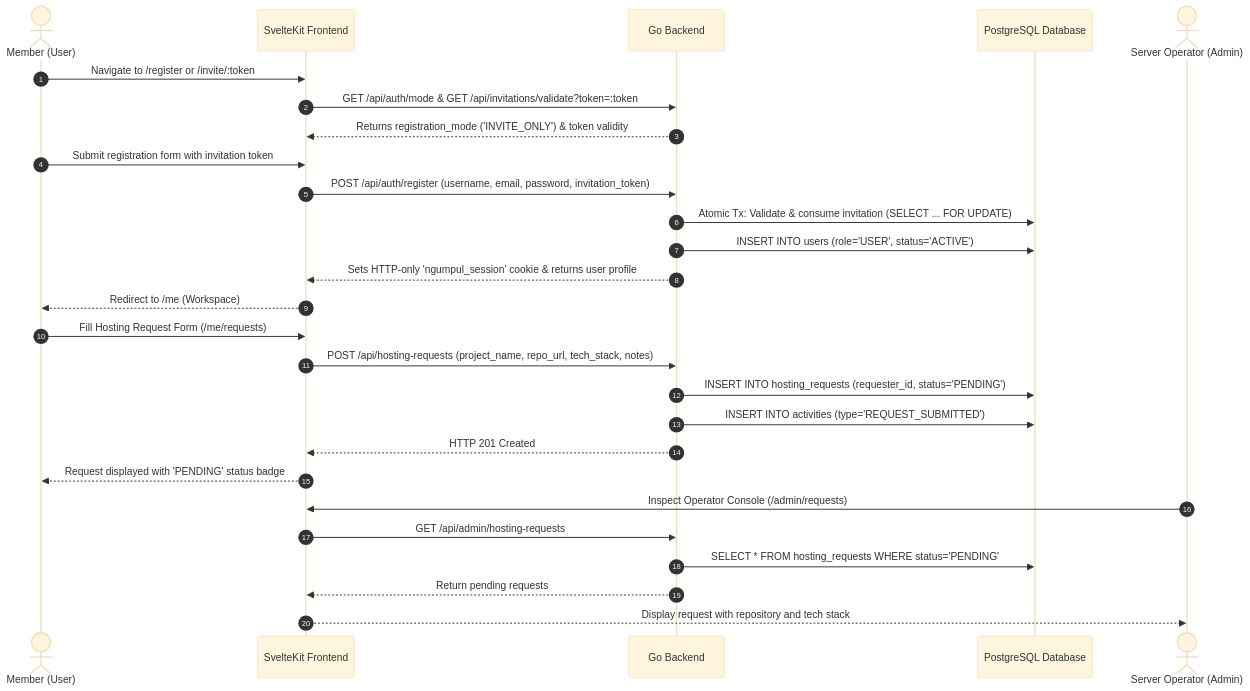
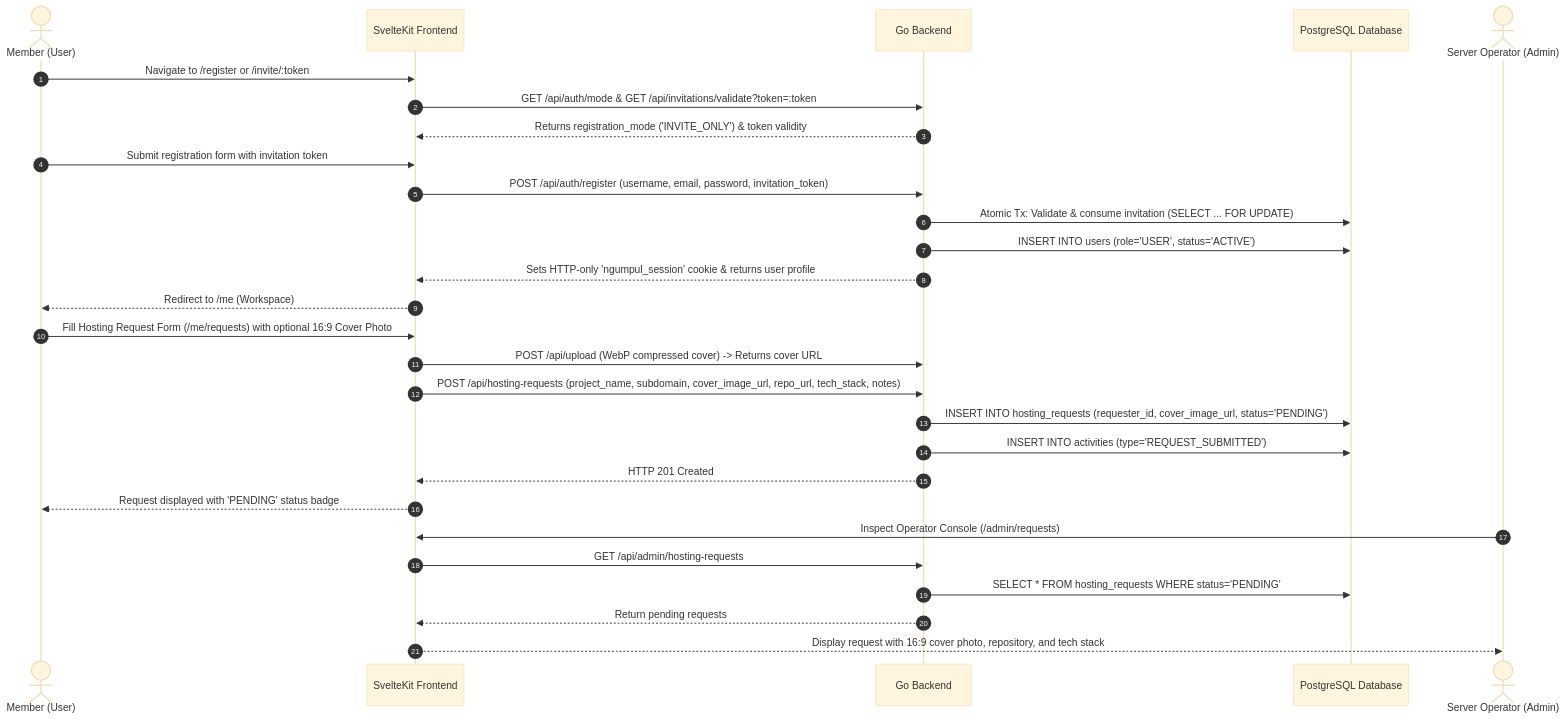
The first of 6 diagrams in docs/workflows.md (Ijon6k/ngumpul-host), drawn with Mermaid (base theme) before and after one commit. The commit also changed other lines of this file and 73 other files, not shown here.

````diff
--- a/docs/workflows.md
+++ b/docs/workflows.md
@@ -12,32 +12,33 @@
 ```mermaid
 sequenceDiagram
     autonumber
     actor Member as Member (User)
     participant Web as SvelteKit Frontend
     participant API as Go Backend
     participant DB as PostgreSQL Database
     actor Operator as Server Operator (Admin)
 
     Member->>Web: Navigate to /register or /invite/:token
     Web->>API: GET /api/auth/mode & GET /api/invitations/validate?token=:token
     API-->>Web: Returns registration_mode ('INVITE_ONLY') & token validity
     Member->>Web: Submit registration form with invitation token
     Web->>API: POST /api/auth/register (username, email, password, invitation_token)
     API->>DB: Atomic Tx: Validate & consume invitation (SELECT ... FOR UPDATE)
     API->>DB: INSERT INTO users (role='USER', status='ACTIVE')
     API-->>Web: Sets HTTP-only 'ngumpul_session' cookie & returns user profile
     Web-->>Member: Redirect to /me (Workspace)
 
-    Member->>Web: Fill Hosting Request Form (/me/requests)
-    Web->>API: POST /api/hosting-requests (project_name, repo_url, tech_stack, notes)
-    API->>DB: INSERT INTO hosting_requests (requester_id, status='PENDING')
+    Member->>Web: Fill Hosting Request Form (/me/requests) with optional 16:9 Cover Photo
+    Web->>API: POST /api/upload (WebP compressed cover) -> Returns cover URL
+    Web->>API: POST /api/hosting-requests (project_name, subdomain, cover_image_url, repo_url, tech_stack, notes)
+    API->>DB: INSERT INTO hosting_requests (requester_id, cover_image_url, status='PENDING')
     API->>DB: INSERT INTO activities (type='REQUEST_SUBMITTED')
     API-->>Web: HTTP 201 Created
     Web-->>Member: Request displayed with 'PENDING' status badge
 
     Operator->>Web: Inspect Operator Console (/admin/requests)
     Web->>API: GET /api/admin/hosting-requests
     API->>DB: SELECT * FROM hosting_requests WHERE status='PENDING'
     API-->>Web: Return pending requests
-    Web-->>Operator: Display request with repository and tech stack
+    Web-->>Operator: Display request with 16:9 cover photo, repository, and tech stack
 ```
````
